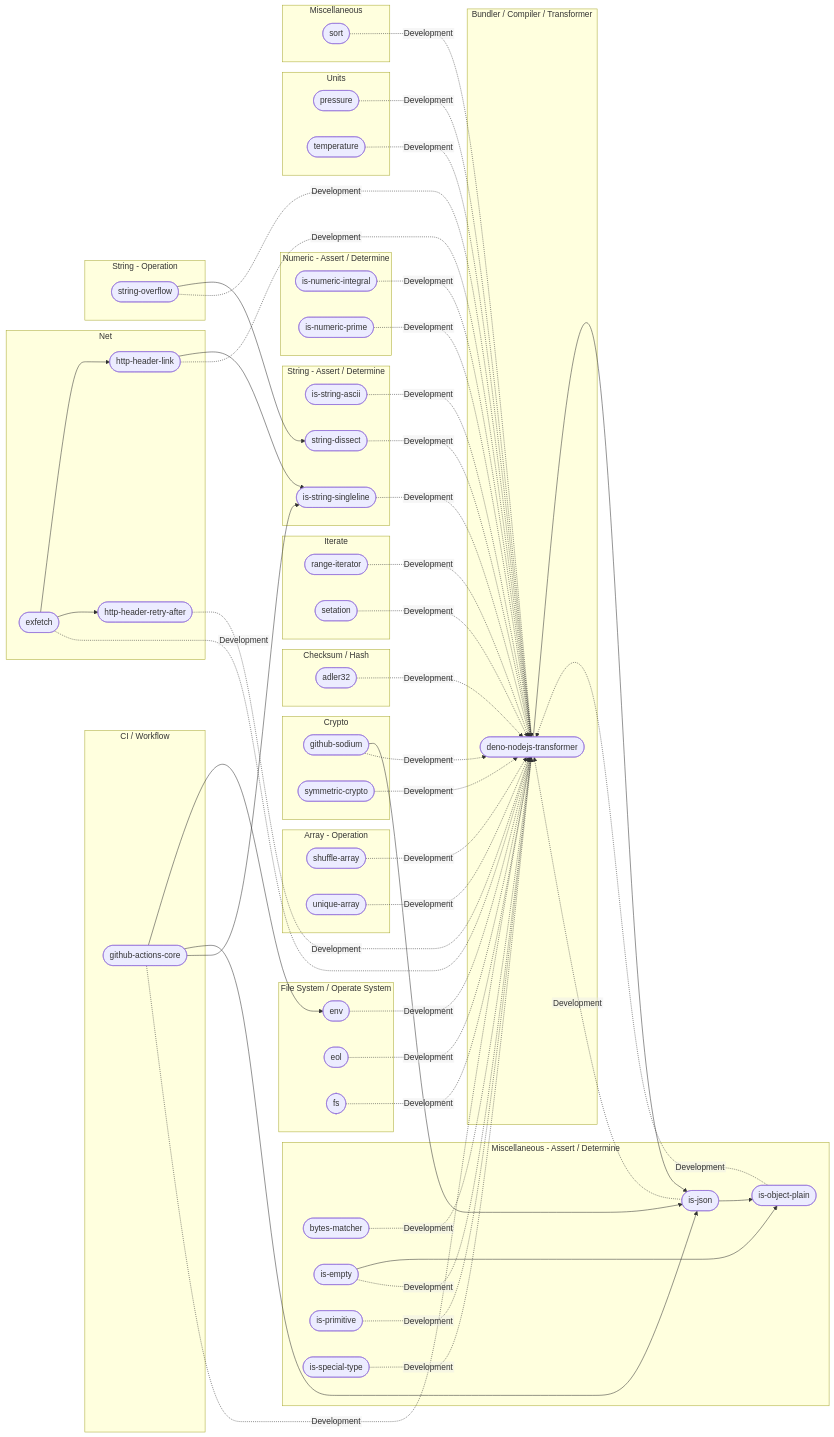
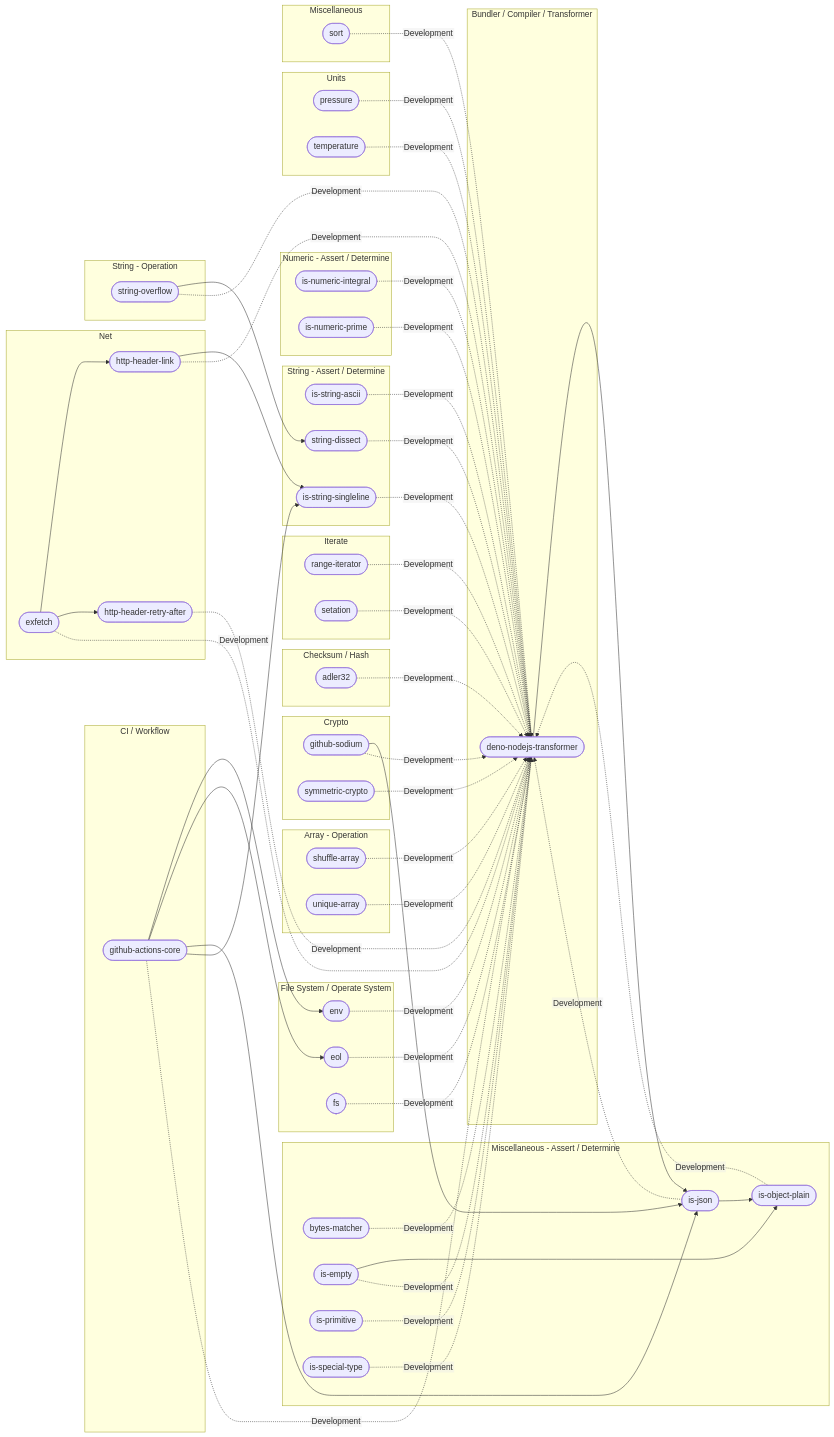
The diagram in assets/es-dependencies-graph.md (hugoalh/hugoalh), drawn with Mermaid before and after one commit.

Commit message:
Update ES dependencies graph

```diff
--- a/assets/es-dependencies-graph.md
+++ b/assets/es-dependencies-graph.md
@@ -86,6 +86,7 @@
   exfetch --> http-header-link
   exfetch --> http-header-retry-after
   github-actions-core --> env
+  github-actions-core --> eol
   github-actions-core --> is-json
   github-actions-core --> is-string-singleline
   github-sodium --> is-json
```
